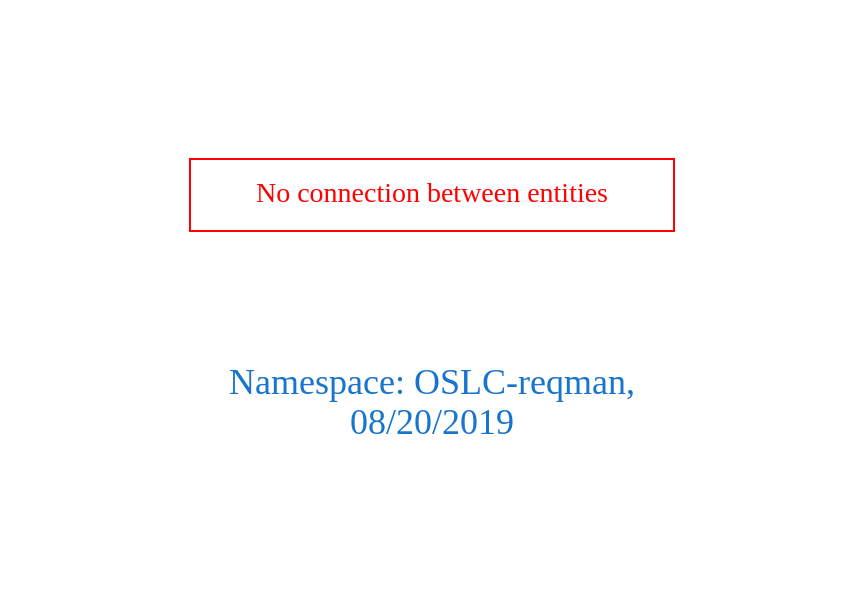
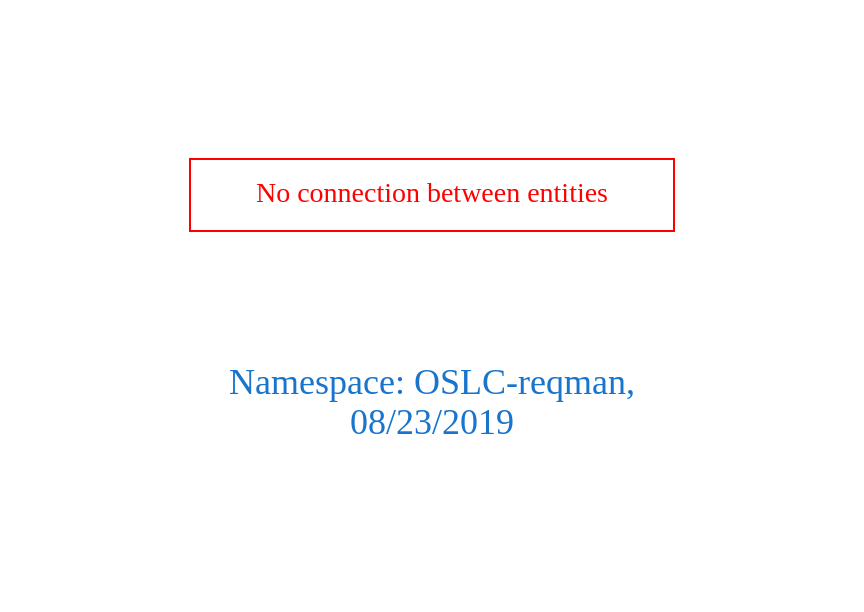
One commit to arago/OGIT changed the diagram in downloads/OSLC-reqman.dot. Above: the diagram before and after it, drawn with Graphviz. The commit also changed 1465 other files, not shown here.

```diff
--- a/downloads/OSLC-reqman.dot
+++ b/downloads/OSLC-reqman.dot
@@ -1,9 +1,9 @@
 digraph OGIT_ontology {
  graph [ rankdir= LR,pad=1 
 fontsize = 18,
-fontcolor= dodgerblue3,label = "\n\n\nNamespace: OSLC-reqman, \n 08/20/2019"];
+fontcolor= dodgerblue3,label = "\n\n\nNamespace: OSLC-reqman, \n 08/23/2019"];
 node[shape=polygon];
 edge [  color="gray81"];
 
 "No connection between entities" [fontcolor = "red",color="red", shape="polygon"]
 }
```
